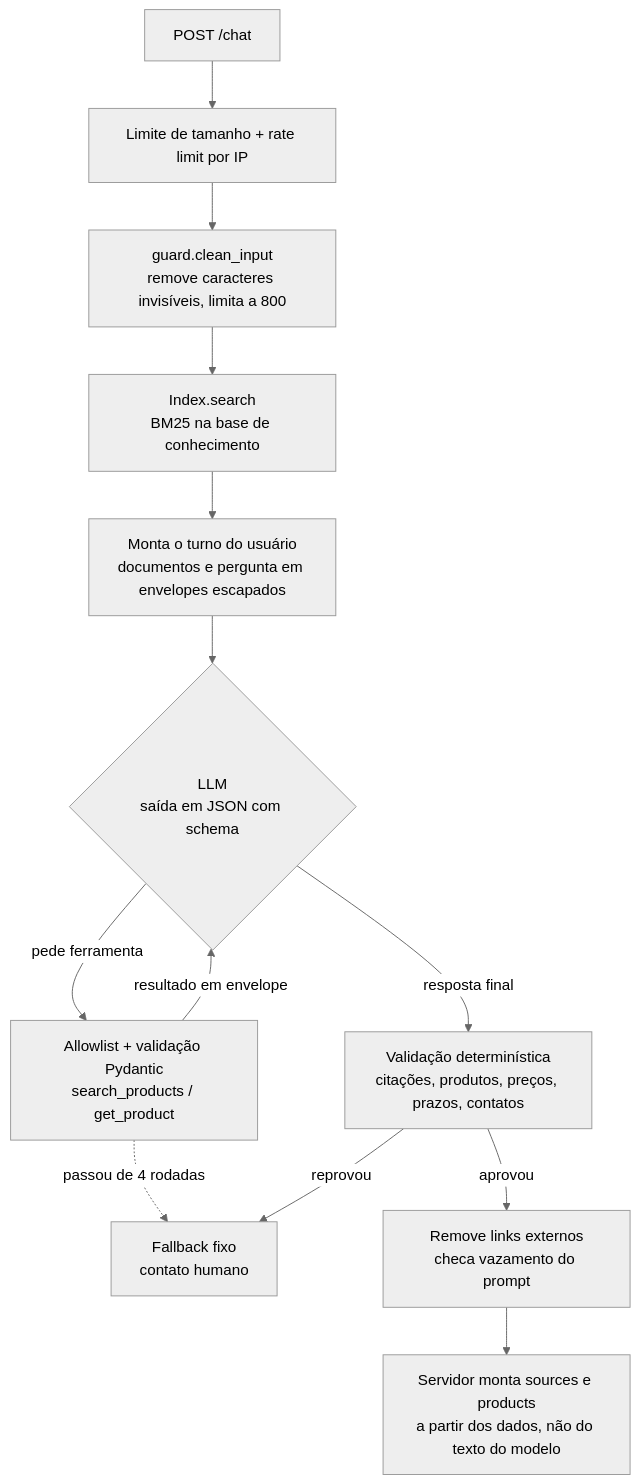
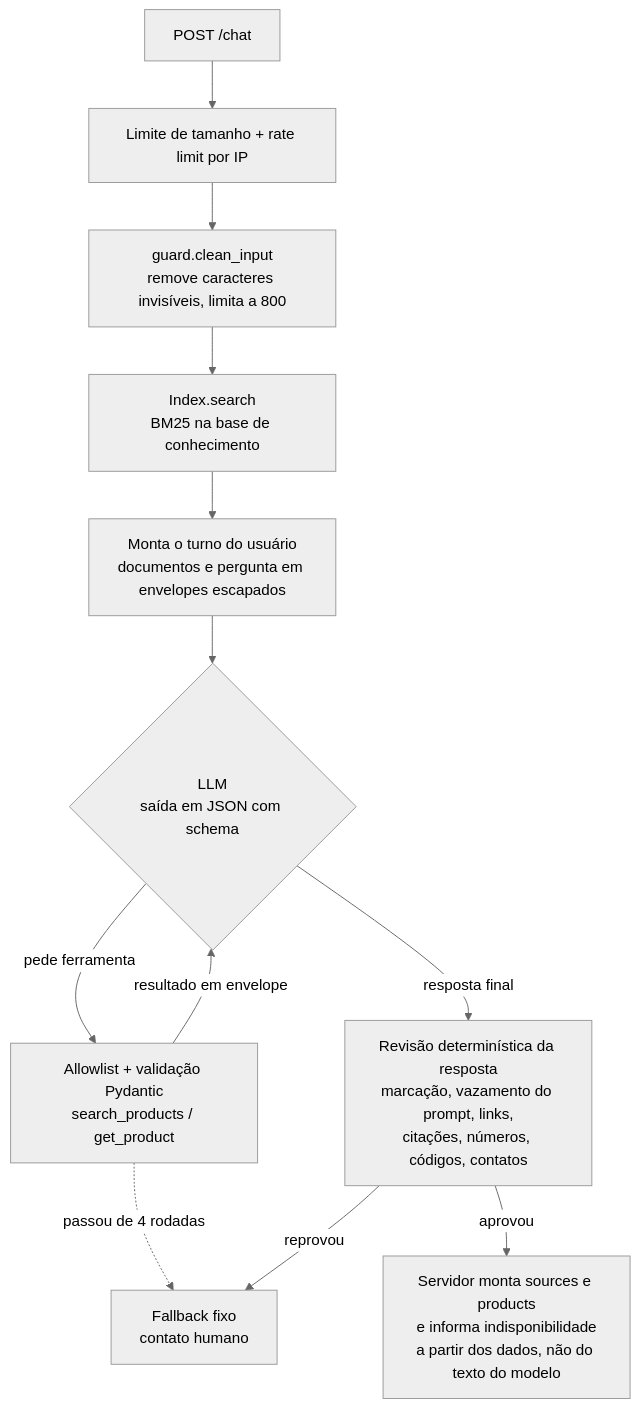
The diagram in README.md (jlsm2/shopping-assistant-rag), drawn with Mermaid (neutral theme) before and after one commit. The commit also changed other lines of this file, not shown here.

````diff
--- a/README.md
+++ b/README.md
@@ -31,15 +31,14 @@
 ```mermaid
 flowchart TD
     A[POST /chat] --> B[Limite de tamanho + rate limit por IP]
     B --> C[guard.clean_input<br/>remove caracteres invisíveis, limita a 800]
     C --> D[Index.search<br/>BM25 na base de conhecimento]
     D --> E[Monta o turno do usuário<br/>documentos e pergunta em envelopes escapados]
     E --> F{LLM<br/>saída em JSON com schema}
     F -- pede ferramenta --> G[Allowlist + validação Pydantic<br/>search_products / get_product]
     G -- resultado em envelope --> F
     G -. passou de 4 rodadas .-> X
-    F -- resposta final --> H[Validação determinística<br/>citações, produtos, preços, prazos, contatos]
+    F -- resposta final --> H[Revisão determinística da resposta<br/>marcação, vazamento do prompt, links,<br/>citações, números, códigos, contatos]
     H -- reprovou --> X[Fallback fixo<br/>contato humano]
-    H -- aprovou --> I[Remove links externos<br/>checa vazamento do prompt]
-    I --> J[Servidor monta sources e products<br/>a partir dos dados, não do texto do modelo]
+    H -- aprovou --> J[Servidor monta sources e products<br/>e informa indisponibilidade<br/>a partir dos dados, não do texto do modelo]
 ```
````
